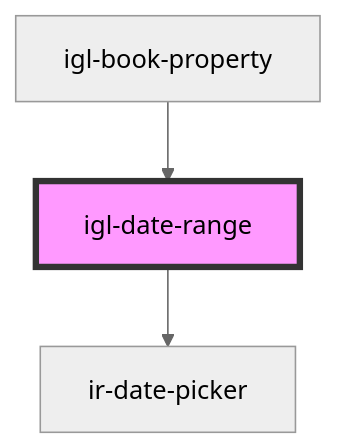
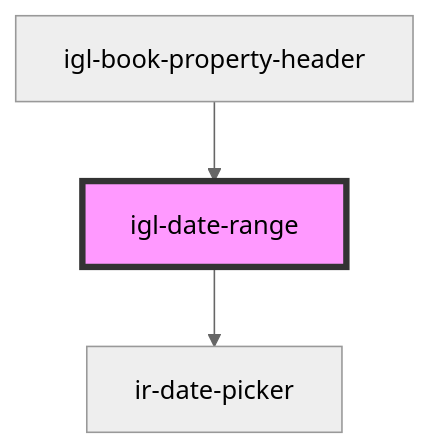
One commit to David1Chowaifaty/modified-ir-webcmp changed the diagram in src/components/igloo-calendar/igl-date-range/readme.md. Above: the diagram before and after it, drawn with Mermaid (neutral theme). The commit also changed other lines of this file and 8 other files, not shown here.

````diff
--- a/src/components/igloo-calendar/igl-date-range/readme.md
+++ b/src/components/igloo-calendar/igl-date-range/readme.md
@@ -35,6 +34,6 @@
 ```mermaid
 graph TD;
   igl-date-range --> ir-date-picker
-  igl-book-property --> igl-date-range
+  igl-book-property-header --> igl-date-range
   style igl-date-range fill:#f9f,stroke:#333,stroke-width:4px
 ```
````
